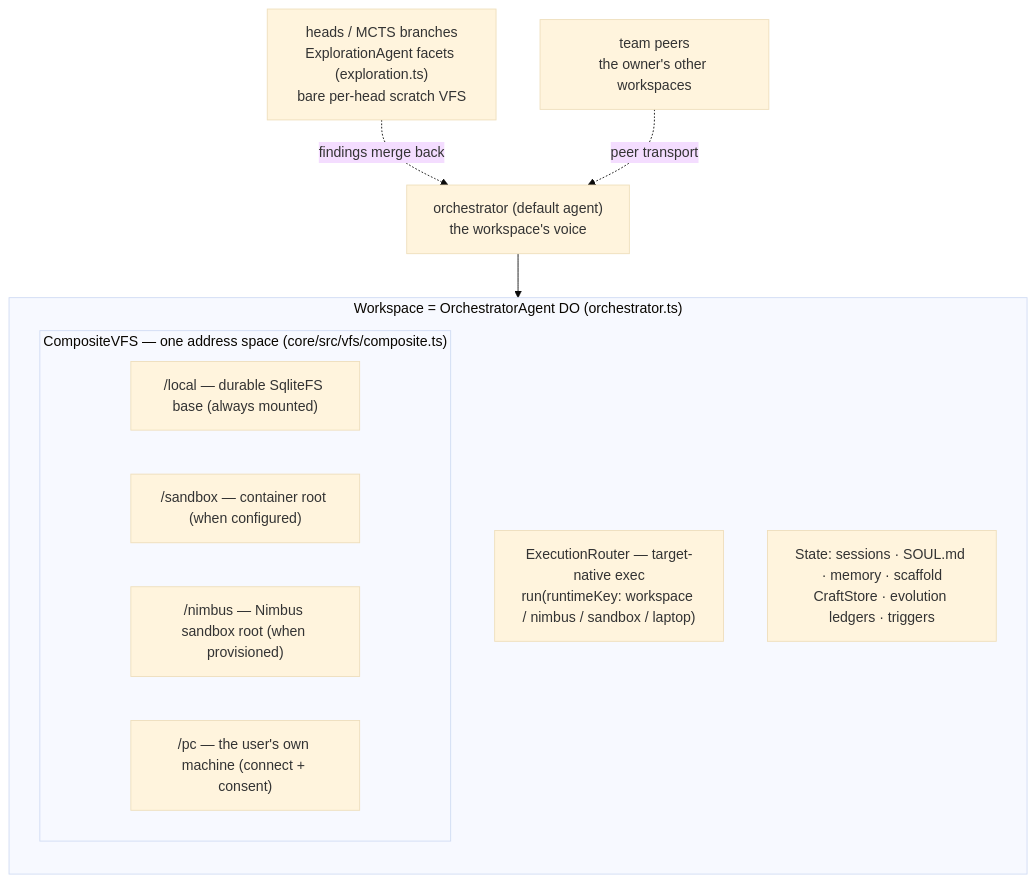
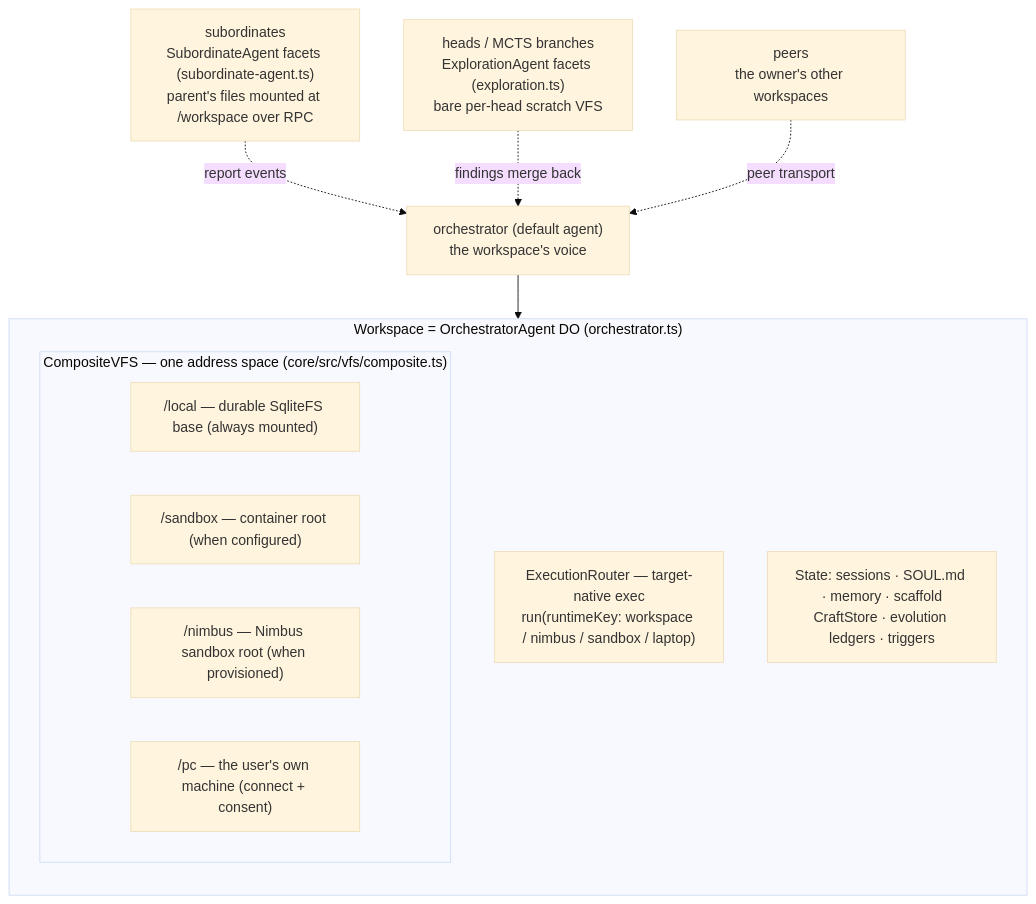
The first of 5 diagrams in docs/ARCHITECTURE.md (AshishKumar4/Proteus), drawn with Mermaid (base theme) before and after one commit. The commit also changed other lines of this file and 16 other files, not shown here.

````diff
--- a/docs/ARCHITECTURE.md
+++ b/docs/ARCHITECTURE.md
@@ -27,18 +27,19 @@
 ```mermaid
 graph TB
     subgraph WS["Workspace = OrchestratorAgent DO (orchestrator.ts)"]
         direction TB
         subgraph Files["CompositeVFS — one address space (core/src/vfs/composite.ts)"]
             L["/local — durable SqliteFS base (always mounted)"]
             S["/sandbox — container root (when configured)"]
             N["/nimbus — Nimbus sandbox root (when provisioned)"]
             P["/pc — the user's own machine (connect + consent)"]
         end
         Router["ExecutionRouter — target-native exec<br/>run(runtimeKey: workspace / nimbus / sandbox / laptop)"]
         State["State: sessions · SOUL.md · memory · scaffold<br/>CraftStore · evolution ledgers · triggers"]
     end
 
     Orch["orchestrator (default agent)<br/>the workspace's voice"] --> WS
+    Subs["subordinates<br/>SubordinateAgent facets (subordinate-agent.ts)<br/>parent's files mounted at /workspace over RPC"] -.->|report events| Orch
     Heads["heads / MCTS branches<br/>ExplorationAgent facets (exploration.ts)<br/>bare per-head scratch VFS"] -.->|findings merge back| Orch
-    Team["team peers<br/>the owner's other workspaces"] -.->|peer transport| Orch
+    Peers["peers<br/>the owner's other workspaces"] -.->|peer transport| Orch
 ```
````
